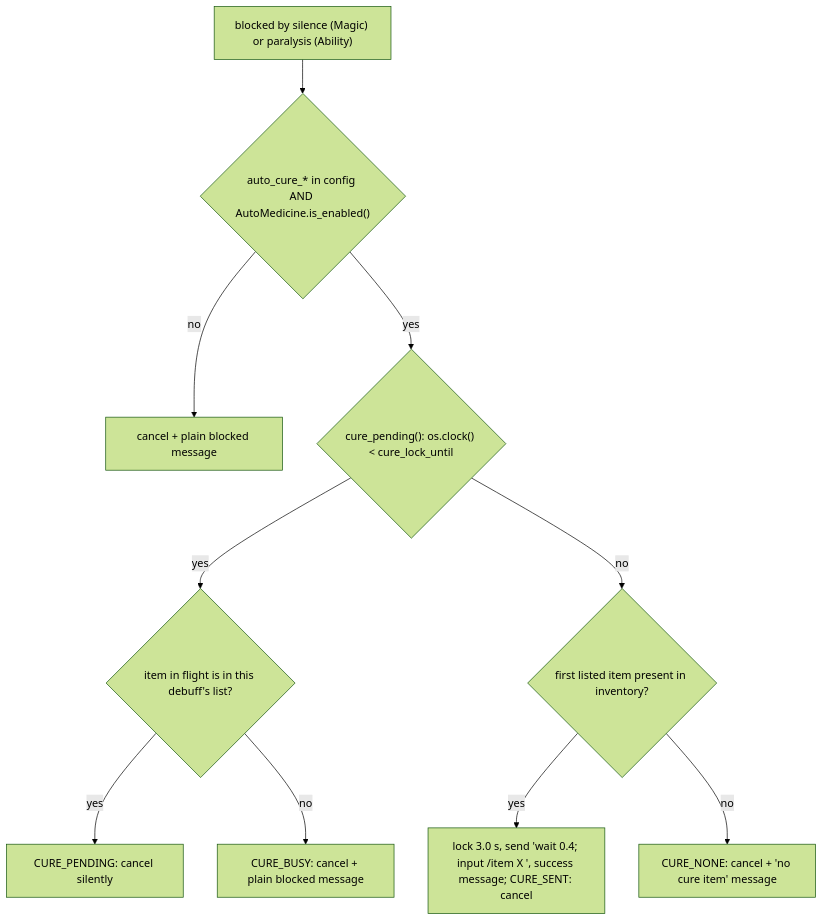
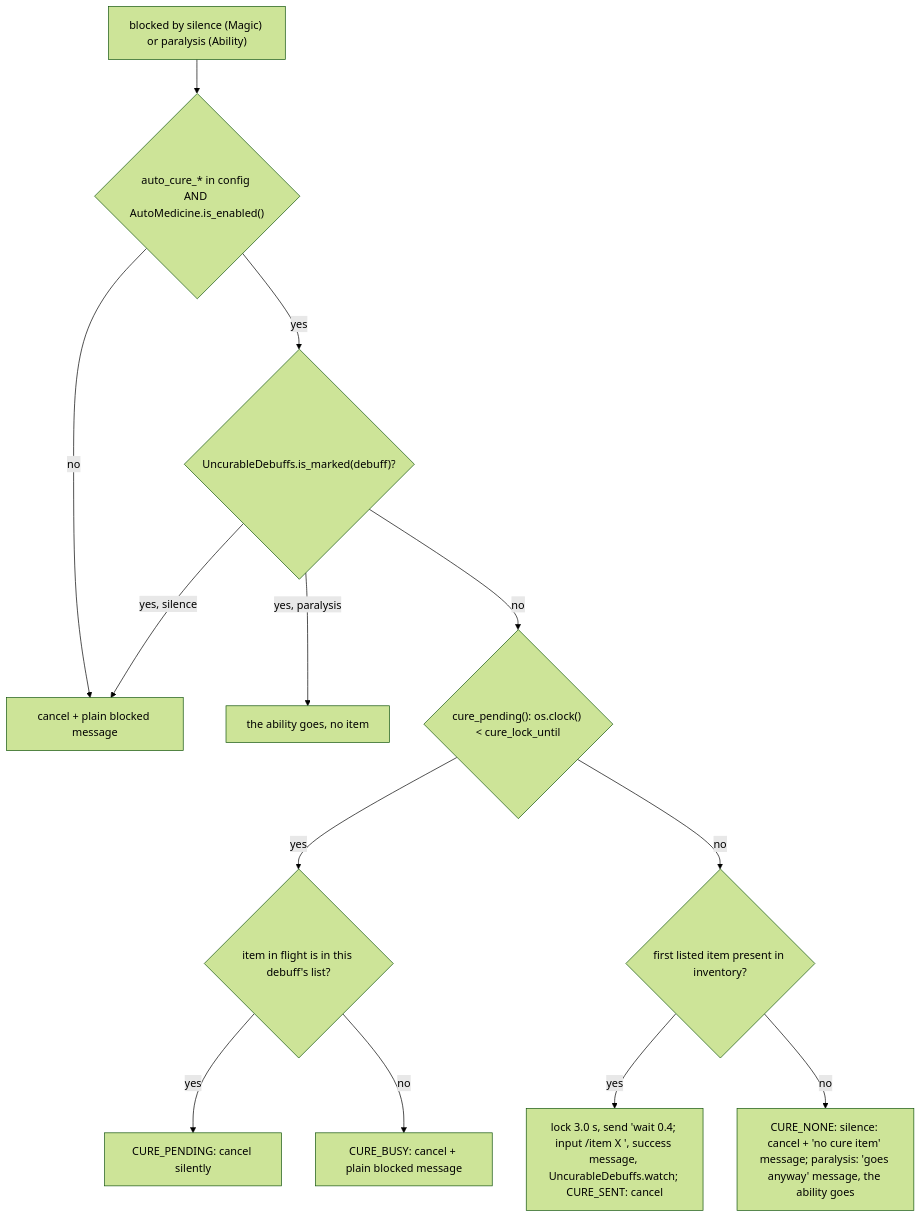
Before and after one commit to ejouanchicot/Gearswap: the second of 3 diagrams in docs/dev/systems/precast-pipeline.md, drawn with Mermaid (forest theme). The commit also changed other lines of this file and 6 other files, not shown here.

````diff
--- a/docs/dev/systems/precast-pipeline.md
+++ b/docs/dev/systems/precast-pipeline.md
@@ -240,12 +241,15 @@
 ```mermaid
 flowchart TD
     A["blocked by silence (Magic) or paralysis (Ability)"] --> B{"auto_cure_* in config AND AutoMedicine.is_enabled()"}
     B -- no --> Z["cancel + plain blocked message"]
-    B -- yes --> C{"cure_pending(): os.clock() < cure_lock_until"}
+    B -- yes --> M{"UncurableDebuffs.is_marked(debuff)?"}
+    M -- "yes, paralysis" --> G["the ability goes, no item"]
+    M -- "yes, silence" --> Z
+    M -- no --> C{"cure_pending(): os.clock() < cure_lock_until"}
     C -- yes --> D{"item in flight is in this debuff's list?"}
     D -- yes --> P["CURE_PENDING: cancel silently"]
     D -- no --> Q["CURE_BUSY: cancel + plain blocked message"]
     C -- no --> E{"first listed item present in inventory?"}
-    E -- yes --> S["lock 3.0 s, send 'wait 0.4; input /item X <me>', success message; CURE_SENT: cancel"]
-    E -- no --> N["CURE_NONE: cancel + 'no cure item' message"]
+    E -- yes --> S["lock 3.0 s, send 'wait 0.4; input /item X <me>', success message, UncurableDebuffs.watch; CURE_SENT: cancel"]
+    E -- no --> N["CURE_NONE: silence: cancel + 'no cure item' message; paralysis: 'goes anyway' message, the ability goes"]
 ```
````
